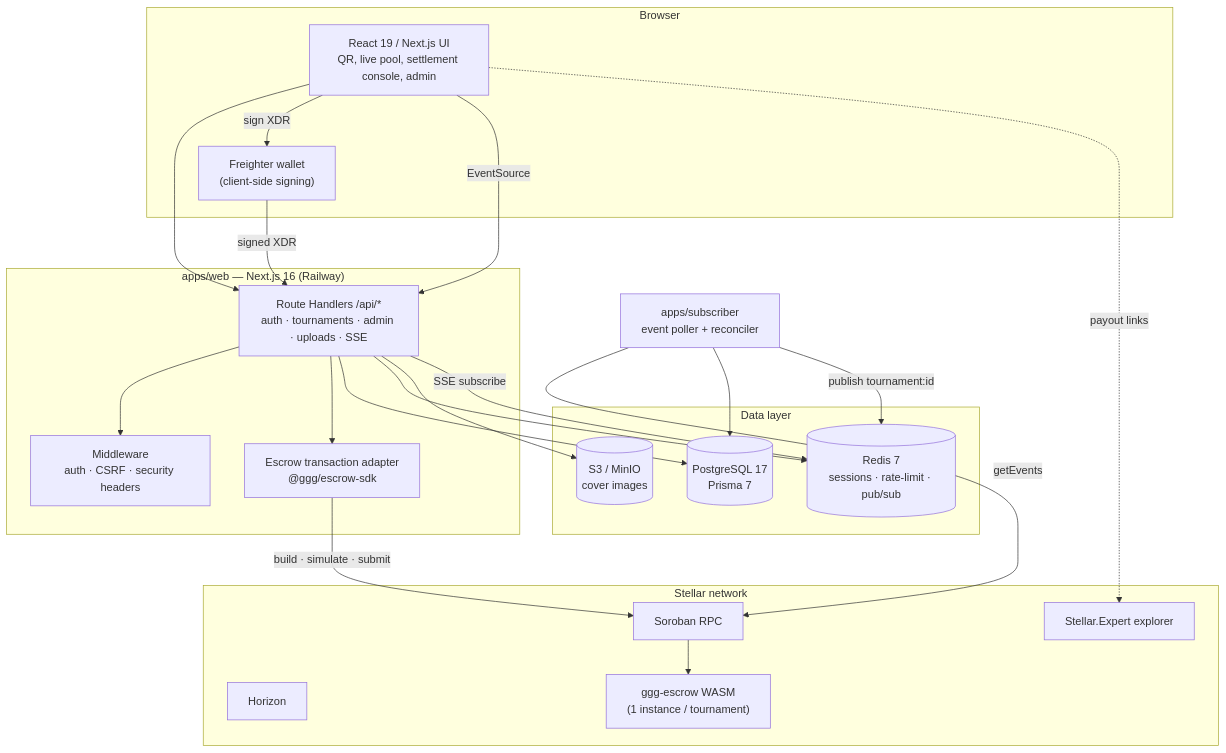
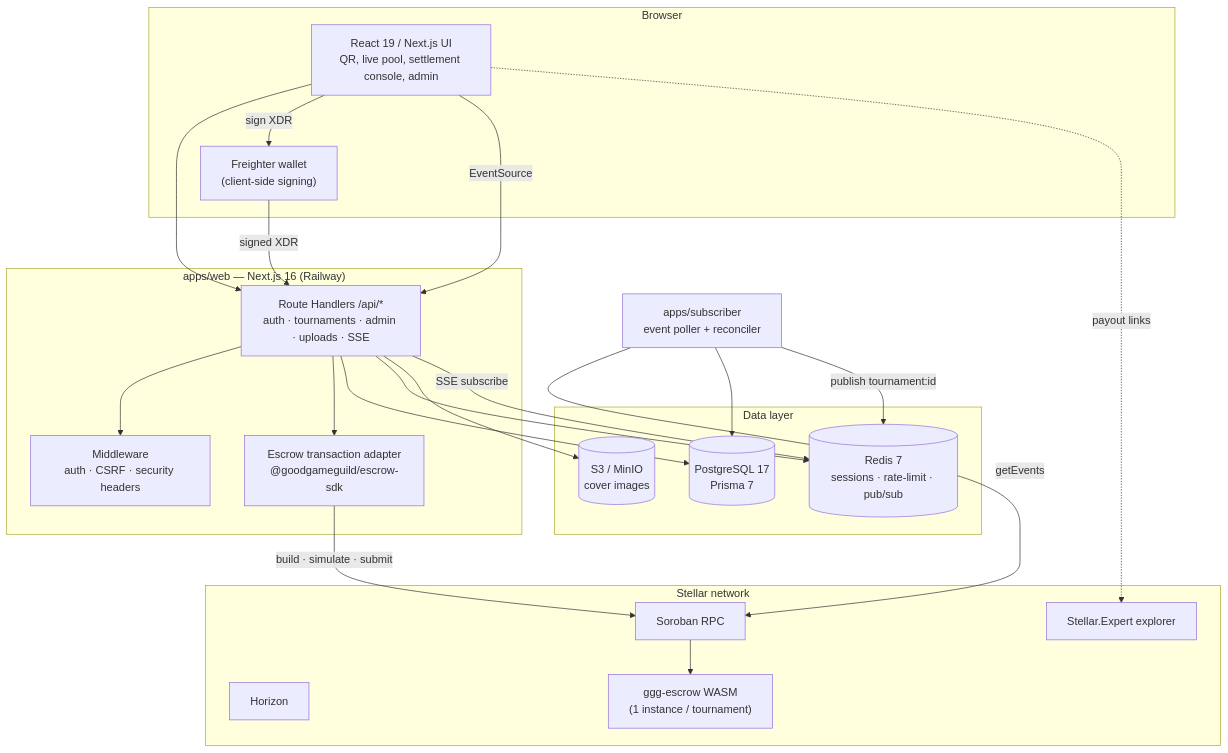
The first of 4 diagrams in README.md (artisam-ggg/ggg), drawn with Mermaid before and after one commit. The commit also changed 33 other files, not shown here.

Commit message:
fix(sdk): use goodgameguild npm scope

````diff
--- a/README.md
+++ b/README.md
@@ -104,45 +104,45 @@
 ```mermaid
 flowchart TD
     subgraph Client["Browser"]
         UI["React 19 / Next.js UI<br/>QR, live pool, settlement console, admin"]
         FR["Freighter wallet<br/>(client-side signing)"]
     end
 
     subgraph Web["apps/web — Next.js 16 (Railway)"]
         RH["Route Handlers /api/*<br/>auth · tournaments · admin · uploads · SSE"]
-        TX["Escrow transaction adapter<br/>@ggg/escrow-sdk"]
+        TX["Escrow transaction adapter<br/>@goodgameguild/escrow-sdk"]
         MW["Middleware<br/>auth · CSRF · security headers"]
     end
 
     subgraph Data["Data layer"]
         PG[("PostgreSQL 17<br/>Prisma 7")]
         RD[("Redis 7<br/>sessions · rate-limit · pub/sub")]
         S3[("S3 / MinIO<br/>cover images")]
     end
 
     SUB["apps/subscriber<br/>event poller + reconciler"]
 
     subgraph Stellar["Stellar network"]
         RPC["Soroban RPC"]
         HZ["Horizon"]
         ESC["ggg-escrow WASM<br/>(1 instance / tournament)"]
         EXP["Stellar.Expert explorer"]
     end
 
     UI --> RH
     UI -->|"sign XDR"| FR
     FR -->|"signed XDR"| RH
     RH --> MW
     RH --> TX
     RH --> PG
     RH --> RD
     RH --> S3
     TX -->|"build · simulate · submit"| RPC
     RPC --> ESC
     SUB -->|"getEvents"| RPC
     SUB --> PG
     SUB -->|"publish tournament:id"| RD
     RH -->|"SSE subscribe"| RD
     UI -->|"EventSource"| RH
     UI -.->|"payout links"| EXP
 ```
````
